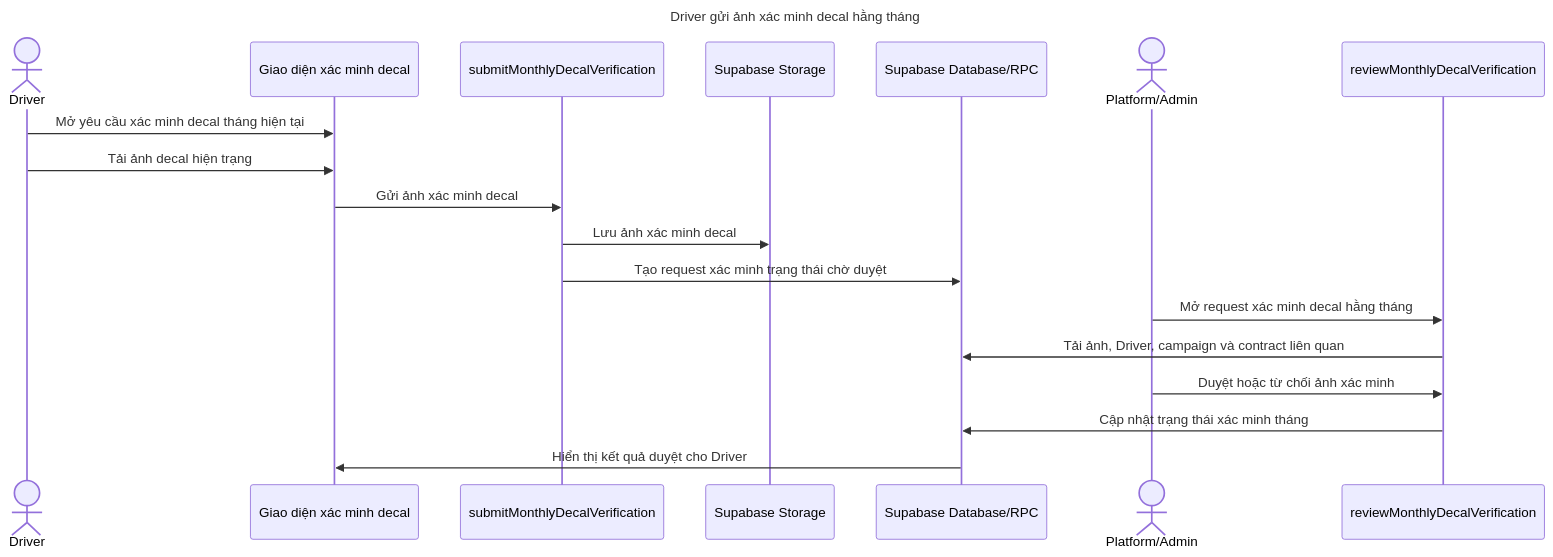
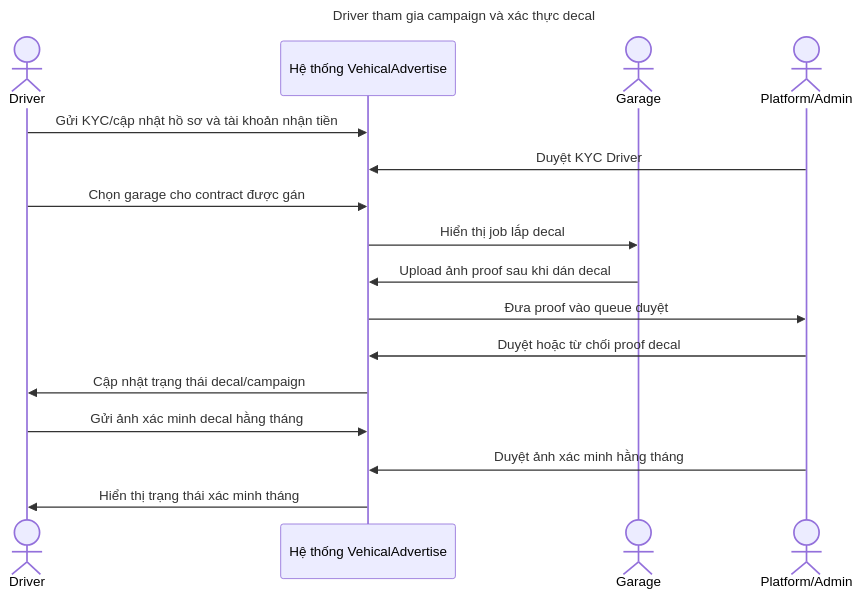
Before and after one commit to kjasng/VehicalAdvertise: the second of 8 diagrams in docs/sequence-usecases.md, drawn with Mermaid. The commit also changed other lines of this file and 14 other files, not shown here.

````diff
--- a/docs/sequence-usecases.md
+++ b/docs/sequence-usecases.md
@@ -259,21 +44,19 @@
 ```mermaid
 sequenceDiagram
-    title Driver gửi ảnh xác minh decal hằng tháng
-    actor Driver as Driver
-    participant DriverUI as Giao diện xác minh decal
-    participant SubmitAction as submitMonthlyDecalVerification
-    participant Storage as Supabase Storage
-    participant DB as Supabase Database/RPC
-    actor Admin as Platform/Admin
-    participant ReviewAction as reviewMonthlyDecalVerification
-    Driver->>DriverUI: Mở yêu cầu xác minh decal tháng hiện tại
-    Driver->>DriverUI: Tải ảnh decal hiện trạng
-    DriverUI->>SubmitAction: Gửi ảnh xác minh decal
-    SubmitAction->>Storage: Lưu ảnh xác minh decal
-    SubmitAction->>DB: Tạo request xác minh trạng thái chờ duyệt
-    Admin->>ReviewAction: Mở request xác minh decal hằng tháng
-    ReviewAction->>DB: Tải ảnh, Driver, campaign và contract liên quan
-    Admin->>ReviewAction: Duyệt hoặc từ chối ảnh xác minh
-    ReviewAction->>DB: Cập nhật trạng thái xác minh tháng
-    DB->>DriverUI: Hiển thị kết quả duyệt cho Driver
+    title Driver tham gia campaign và xác thực decal
+    actor P1 as Driver
+    participant P2 as Hệ thống VehicalAdvertise
+    actor P3 as Garage
+    actor P4 as Platform/Admin
+    P1->>P2: Gửi KYC/cập nhật hồ sơ và tài khoản nhận tiền
+    P4->>P2: Duyệt KYC Driver
+    P1->>P2: Chọn garage cho contract được gán
+    P2->>P3: Hiển thị job lắp decal
+    P3->>P2: Upload ảnh proof sau khi dán decal
+    P2->>P4: Đưa proof vào queue duyệt
+    P4->>P2: Duyệt hoặc từ chối proof decal
+    P2->>P1: Cập nhật trạng thái decal/campaign
+    P1->>P2: Gửi ảnh xác minh decal hằng tháng
+    P4->>P2: Duyệt ảnh xác minh hằng tháng
+    P2->>P1: Hiển thị trạng thái xác minh tháng
 ```
````
